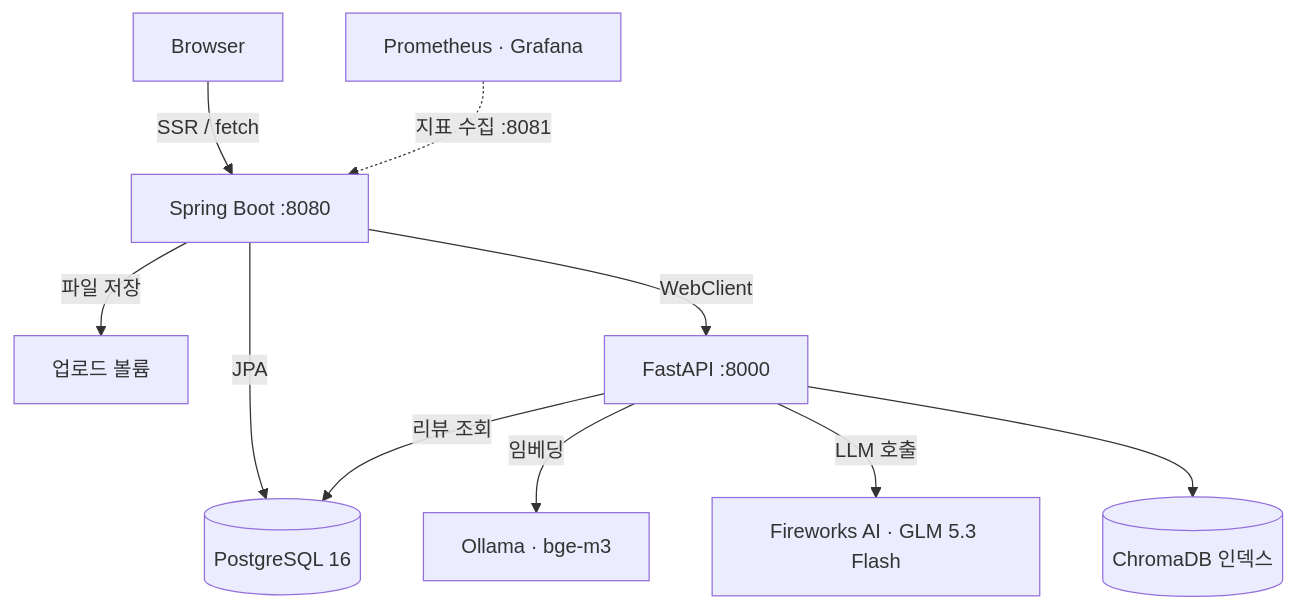
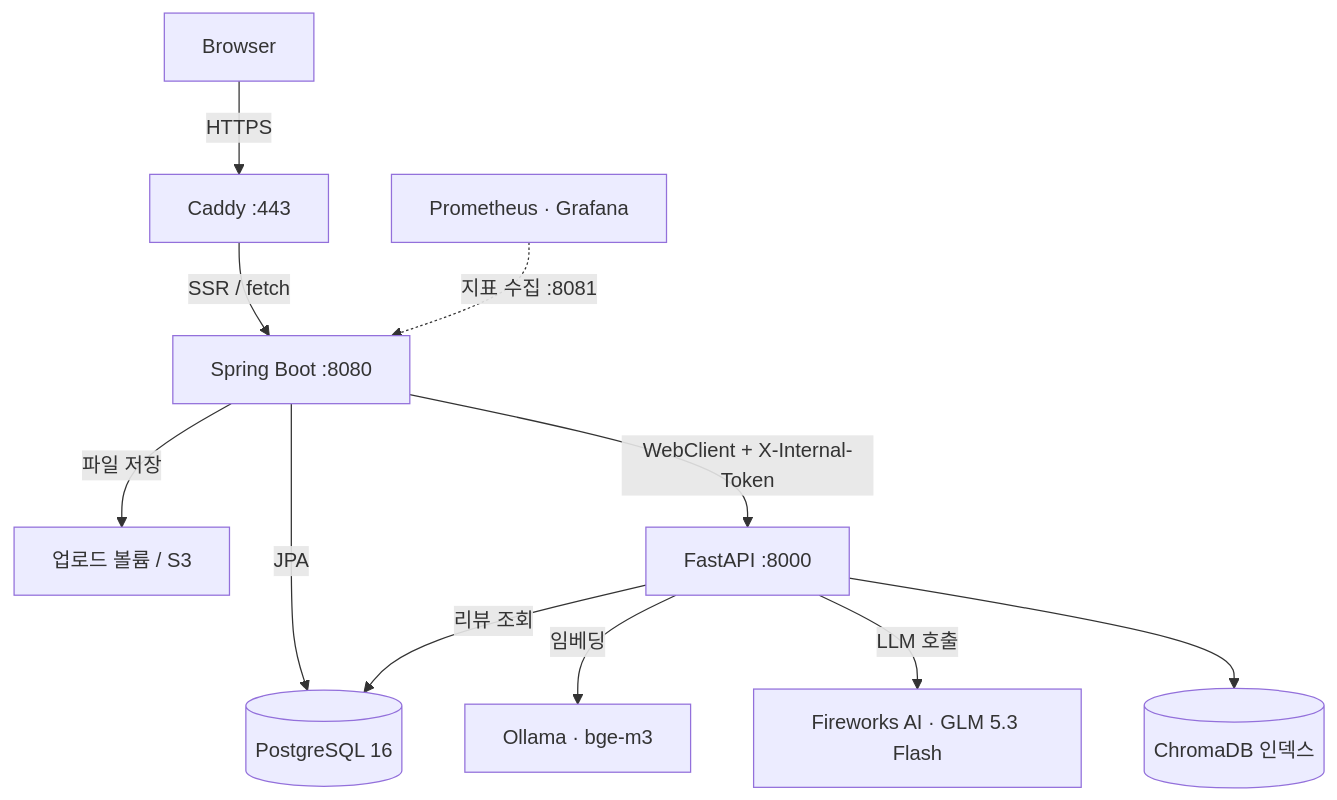
One commit to HsH1121/MyPickCafe changed the first of 2 diagrams in ARCHITECTURE.md. Above: the diagram before and after it, drawn with Mermaid. The commit also changed other lines of this file and 1 other file, not shown here.

First line of the commit message:
docs: README·ARCHITECTURE 에 10-13 이후 변경 사항 반영

````diff
--- a/ARCHITECTURE.md
+++ b/ARCHITECTURE.md
@@ -227,12 +238,13 @@
 ```mermaid
 flowchart TD
-    B["Browser"] -->|SSR / fetch| S["Spring Boot :8080"]
+    B["Browser"] -->|HTTPS| CA["Caddy :443"]
+    CA -->|SSR / fetch| S["Spring Boot :8080"]
     S -->|JPA| P[("PostgreSQL 16")]
-    S -->|파일 저장| U["업로드 볼륨"]
-    S -->|WebClient| F["FastAPI :8000"]
+    S -->|파일 저장| U["업로드 볼륨 / S3"]
+    S -->|WebClient + X-Internal-Token| F["FastAPI :8000"]
     F -->|리뷰 조회| P
     F -->|임베딩| O["Ollama · bge-m3"]
     F -->|LLM 호출| L["Fireworks AI · GLM 5.3 Flash"]
     F --> C[("ChromaDB 인덱스")]
     M["Prometheus · Grafana"] -.->|지표 수집 :8081| S
 ```
````
